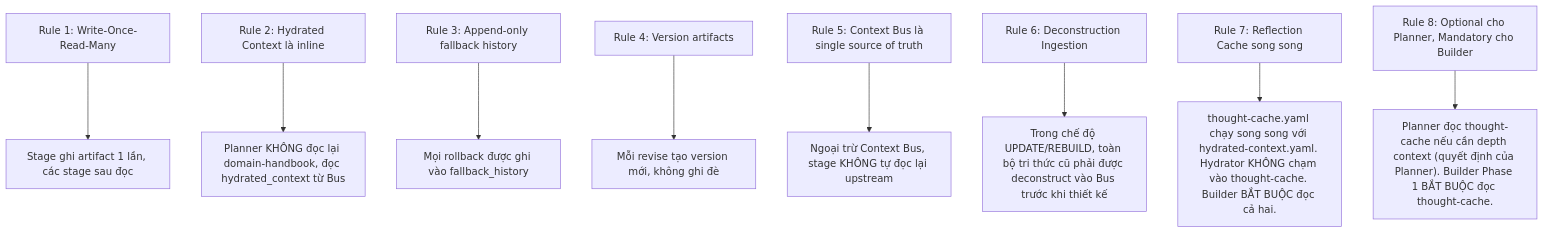
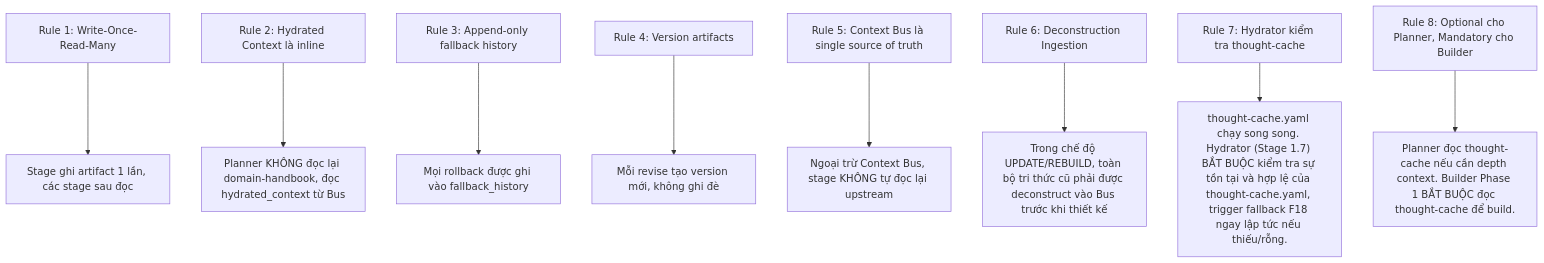
Before and after one commit to vuthuonghai-steve/WASHVN: the first of 2 diagrams in Temps/clean/protocols-and-state-spec.md, drawn with Mermaid. The commit also changed other lines of this file and 57 other files, not shown here.

````diff
--- a/Temps/clean/protocols-and-state-spec.md
+++ b/Temps/clean/protocols-and-state-spec.md
@@ -96,11 +96,11 @@
 ```mermaid
 graph TD
     R1["Rule 1: Write-Once-Read-Many"] --> E1["Stage ghi artifact 1 lần, các stage sau đọc"]
     R2["Rule 2: Hydrated Context là inline"] --> E2["Planner KHÔNG đọc lại domain-handbook, đọc hydrated_context từ Bus"]
     R3["Rule 3: Append-only fallback history"] --> E3["Mọi rollback được ghi vào fallback_history"]
     R4["Rule 4: Version artifacts"] --> E4["Mỗi revise tạo version mới, không ghi đè"]
     R5["Rule 5: Context Bus là single source of truth"] --> E5["Ngoại trừ Context Bus, stage KHÔNG tự đọc lại upstream"]
     R6["Rule 6: Deconstruction Ingestion"] --> E6["Trong chế độ UPDATE/REBUILD, toàn bộ tri thức cũ phải được deconstruct vào Bus trước khi thiết kế"]
-    R7["Rule 7: Reflection Cache song song"] --> E7["thought-cache.yaml chạy song song với hydrated-context.yaml. Hydrator KHÔNG chạm vào thought-cache. Builder BẮT BUỘC đọc cả hai."]
-    R8["Rule 8: Optional cho Planner, Mandatory cho Builder"] --> E8["Planner đọc thought-cache nếu cần depth context (quyết định của Planner). Builder Phase 1 BẮT BUỘC đọc thought-cache."]
+    R7["Rule 7: Hydrator kiểm tra thought-cache"] --> E7["thought-cache.yaml chạy song song. Hydrator (Stage 1.7) BẮT BUỘC kiểm tra sự tồn tại và hợp lệ của thought-cache.yaml, trigger fallback F18 ngay lập tức nếu thiếu/rỗng."]
+    R8["Rule 8: Optional cho Planner, Mandatory cho Builder"] --> E8["Planner đọc thought-cache nếu cần depth context. Builder Phase 1 BẮT BUỘC đọc thought-cache để build."]
 ```
````
